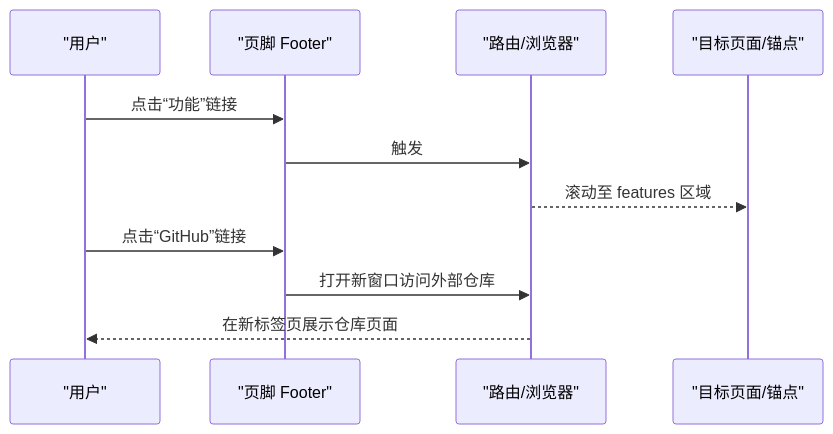
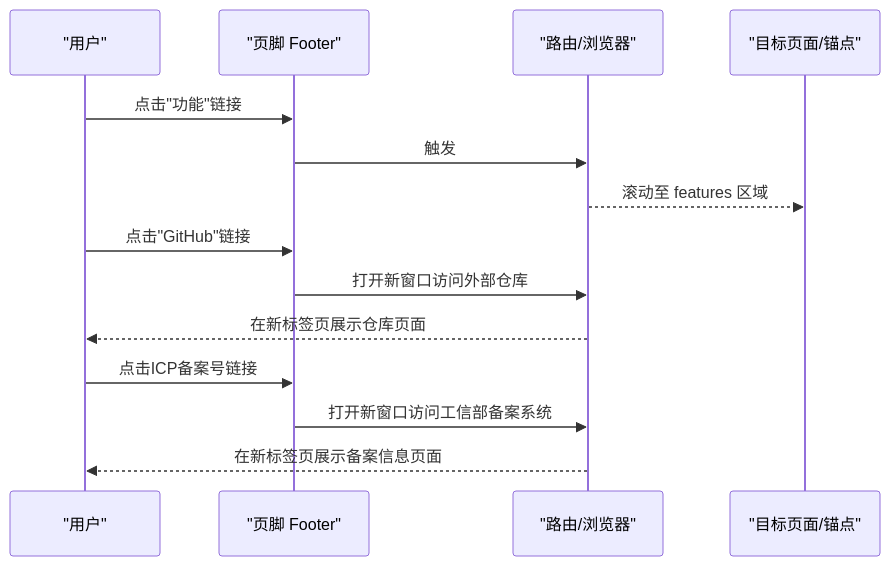
The fourth of 4 diagrams in .qoder/repowiki/zh/content/架构设计/组件架构/页面组件/Footer组件.md (Primoguo/naolizhi.cn), drawn with Mermaid before and after one commit. The commit also changed other lines of this file and 73 other files, not shown here.

````diff
--- a/.qoder/repowiki/zh/content/架构设计/组件架构/页面组件/Footer组件.md
+++ b/.qoder/repowiki/zh/content/架构设计/组件架构/页面组件/Footer组件.md
@@ -252,13 +289,16 @@
 ```mermaid
 sequenceDiagram
 participant User as "用户"
 participant Footer as "页脚 Footer"
 participant Router as "路由/浏览器"
 participant Page as "目标页面/锚点"
-User->>Footer : 点击“功能”链接
+User->>Footer : 点击"功能"链接
 Footer->>Router : 触发 #features 锚点跳转
 Router-->>Page : 滚动至 features 区域
-User->>Footer : 点击“GitHub”链接
+User->>Footer : 点击"GitHub"链接
 Footer->>Router : 打开新窗口访问外部仓库
 Router-->>User : 在新标签页展示仓库页面
+User->>Footer : 点击ICP备案号链接
+Footer->>Router : 打开新窗口访问工信部备案系统
+Router-->>User : 在新标签页展示备案信息页面
 ```
````
